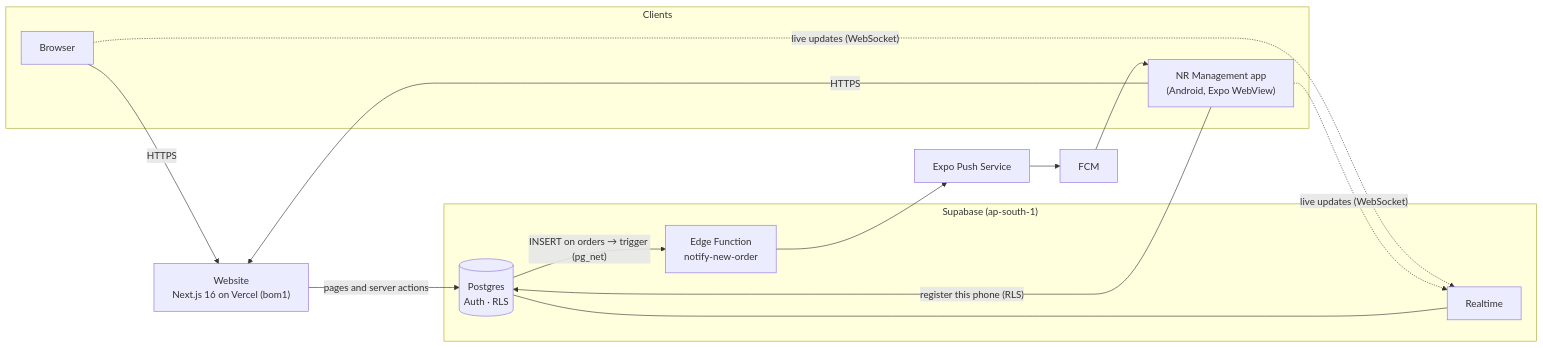
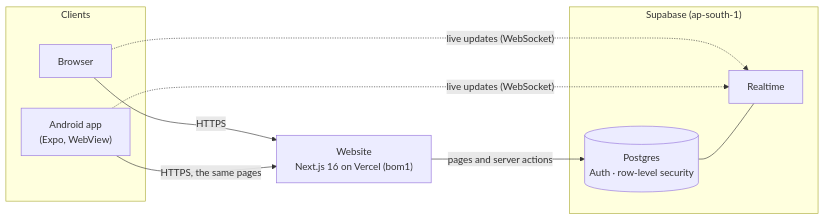
The diagram in README.md (Himkush1414/Super-Management-System), drawn with Mermaid before and after one commit. The commit also changed other lines of this file and 5 other files, not shown here.

````diff
--- a/README.md
+++ b/README.md
@@ -115,25 +125,19 @@
 ```mermaid
 flowchart LR
   subgraph Clients
     B["Browser"]
-    A["NR Management app<br/>(Android, Expo WebView)"]
+    A["Android app<br/>(Expo, WebView)"]
   end
   W["Website<br/>Next.js 16 on Vercel (bom1)"]
   subgraph S["Supabase (ap-south-1)"]
-    DB[("Postgres<br/>Auth · RLS")]
+    DB[("Postgres<br/>Auth · row-level security")]
     RT["Realtime"]
-    FN["Edge Function<br/>notify-new-order"]
   end
-  X["Expo Push Service"]
-  F["FCM"]
 
   B -- HTTPS --> W
-  A -- HTTPS --> W
+  A -- "HTTPS, the same pages" --> W
   W -- "pages and server actions" --> DB
   B -. "live updates (WebSocket)" .-> RT
   A -. "live updates (WebSocket)" .-> RT
   DB --- RT
-  DB -- "INSERT on orders → trigger (pg_net)" --> FN
-  A -- "register this phone (RLS)" --> DB
-  FN --> X --> F --> A
 ```
````
